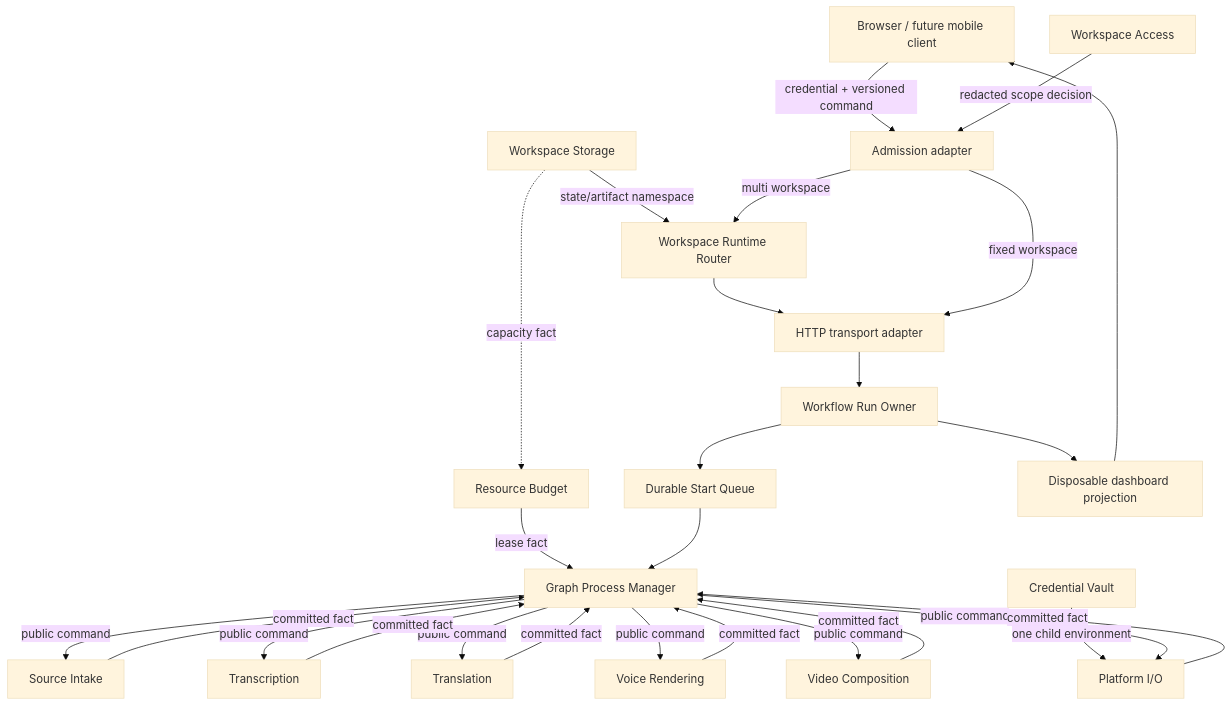
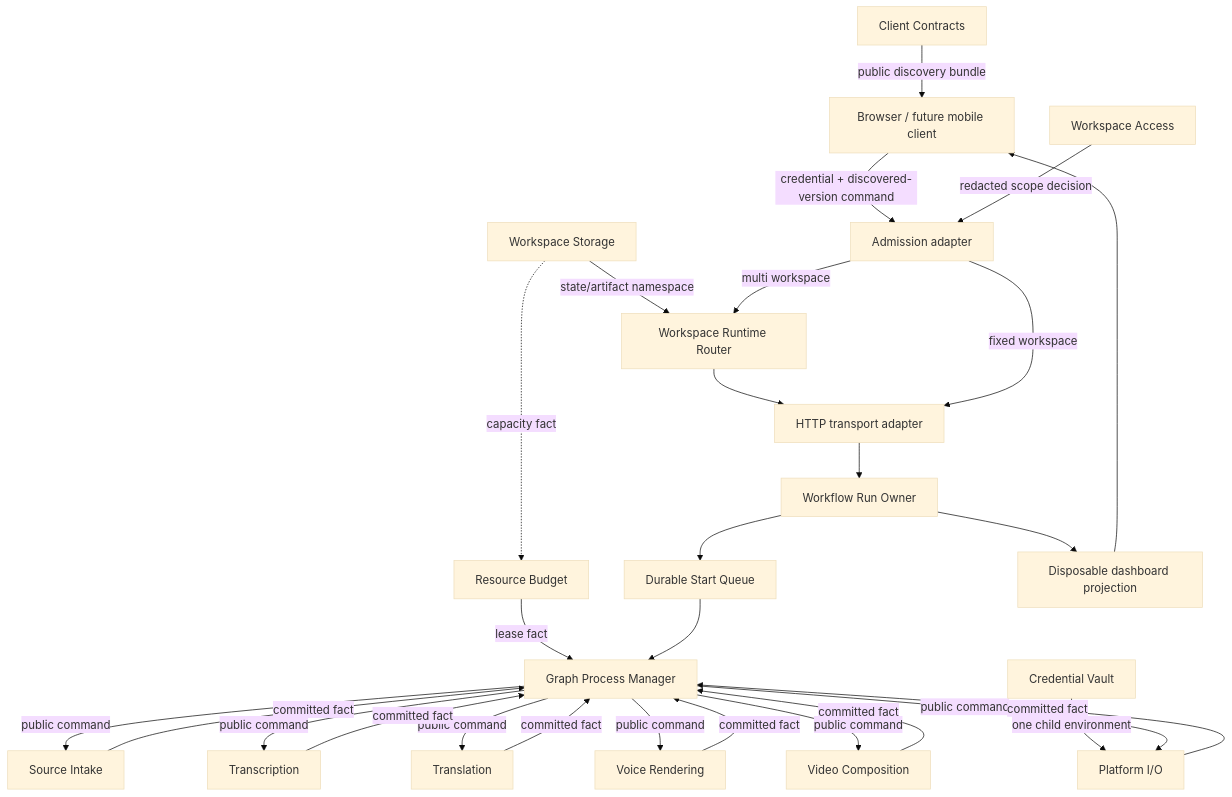
Before and after one commit to wohuishuo/cc-video-pipeline: the first of 2 diagrams in docs/project/architecture/system-component-map.md, drawn with Mermaid (base theme). The commit also changed other lines of this file and 31 other files, not shown here.

Commit message:
feat: publish Studio client contracts

````diff
--- a/docs/project/architecture/system-component-map.md
+++ b/docs/project/architecture/system-component-map.md
@@ -5,29 +5,30 @@
 ```mermaid
 flowchart TB
-    Client["Browser / future mobile client"] -->|"credential + versioned command"| Admission["Admission adapter"]
+    Contracts["Client Contracts"] -->|"public discovery bundle"| Client["Browser / future mobile client"]
+    Client -->|"credential + discovered-version command"| Admission["Admission adapter"]
     Access["Workspace Access"] -->|"redacted scope decision"| Admission
     Storage["Workspace Storage"] -->|"state/artifact namespace"| Router["Workspace Runtime Router"]
     Storage -. "capacity fact" .-> Budget["Resource Budget"]
     Budget -->|"lease fact"| Process["Graph Process Manager"]
     Vault["Credential Vault"] -->|"one child environment"| Publish["Platform I/O"]
     Admission -->|"multi workspace"| Router
     Router --> HTTP
     Admission -->|"fixed workspace"| HTTP["HTTP transport adapter"]
     HTTP --> Run["Workflow Run Owner"]
     Run --> Queue["Durable Start Queue"]
     Queue --> Process
     Process -->|public command| Intake["Source Intake"]
     Process -->|public command| Transcript["Transcription"]
     Process -->|public command| Translation["Translation"]
     Process -->|public command| Voice["Voice Rendering"]
     Process -->|public command| Compose["Video Composition"]
     Process -->|public command| Publish["Platform I/O"]
     Intake -->|committed fact| Process
     Transcript -->|committed fact| Process
     Translation -->|committed fact| Process
     Voice -->|committed fact| Process
     Compose -->|committed fact| Process
     Publish -->|committed fact| Process
     Run --> Projection["Disposable dashboard projection"]
     Projection --> Client
 ```
````
